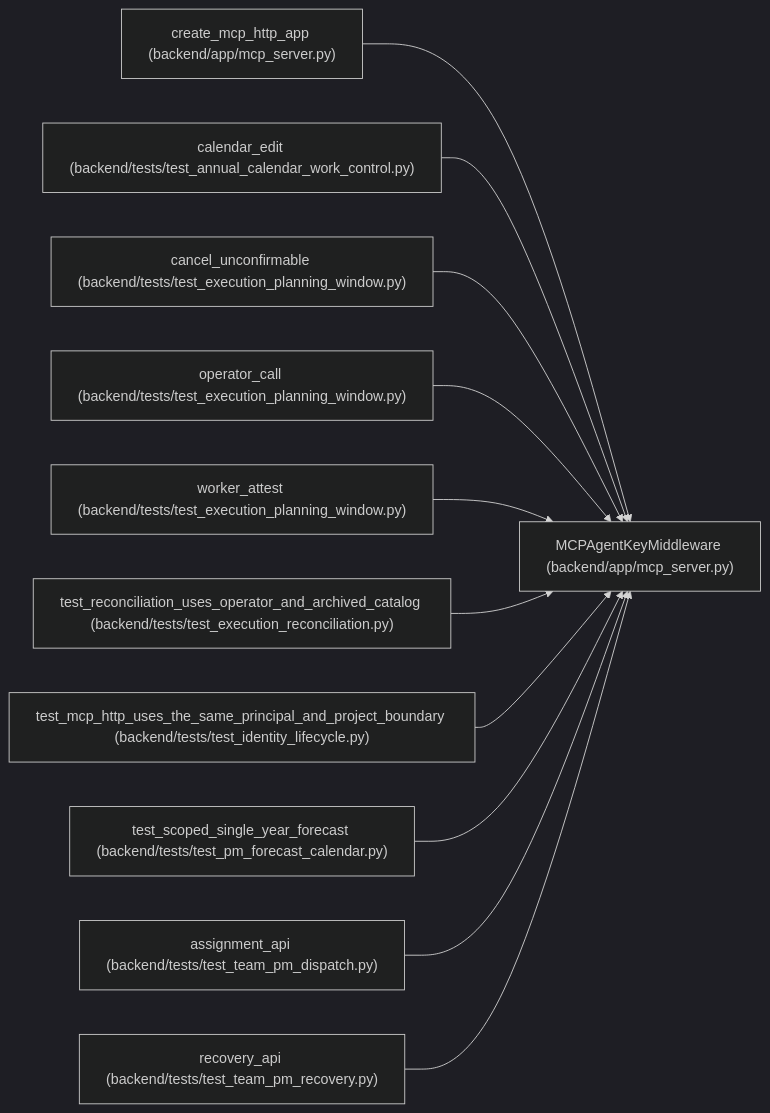
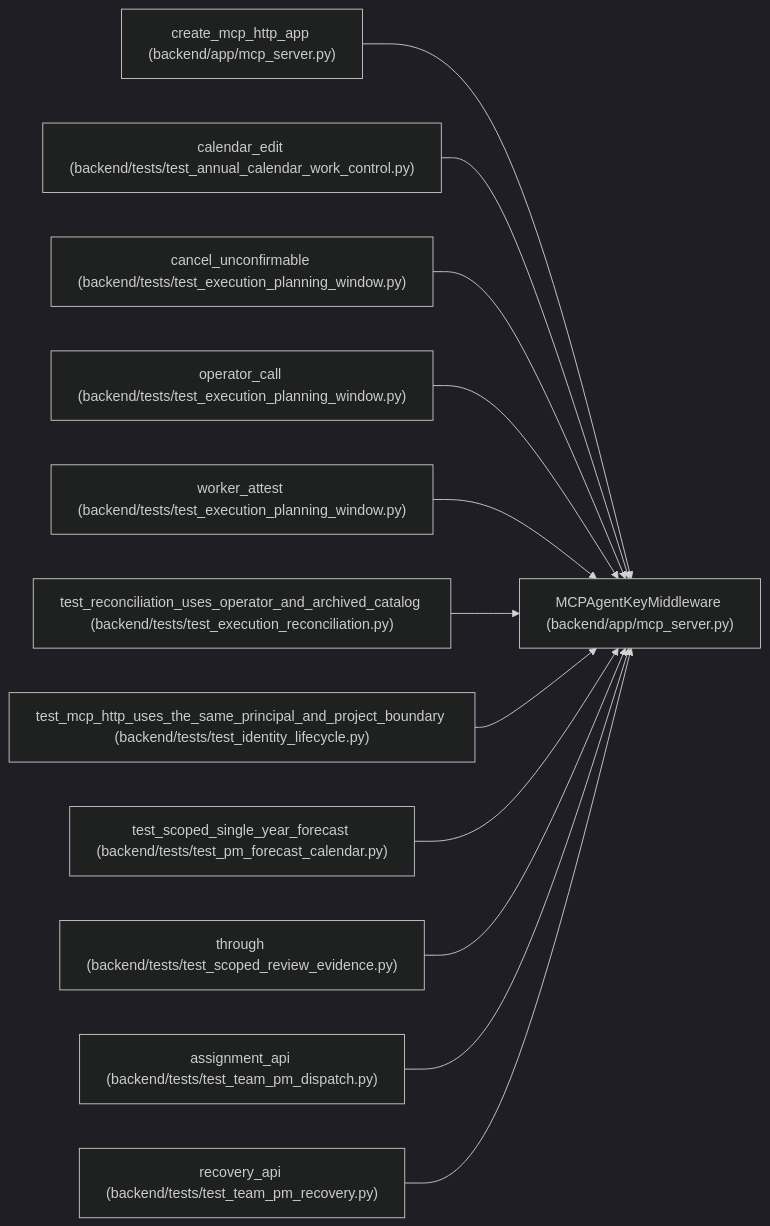
Before and after one commit to Denissvgn/WorkChord: the diagram in docs/llm_wiki/entities/MCPAgentKeyMiddleware.md, drawn with Mermaid (dark theme). The commit also changed other lines of this file and 891 other files, not shown here.

Commit message:
Document candidate-bound evidence and independent review policy

````diff
--- a/docs/llm_wiki/entities/MCPAgentKeyMiddleware.md
+++ b/docs/llm_wiki/entities/MCPAgentKeyMiddleware.md
@@ -26,35 +26,38 @@
 ```mermaid
 flowchart LR
     n0["MCPAgentKeyMiddleware (backend/app/mcp_server.py)"]
     n1["create_mcp_http_app (backend/app/mcp_server.py)"]
     n2["calendar_edit (backend/tests/test_annual_calendar_work_control.py)"]
     n3["cancel_unconfirmable (backend/tests/test_execution_planning_window.py)"]
     n4["operator_call (backend/tests/test_execution_planning_window.py)"]
     n5["worker_attest (backend/tests/test_execution_planning_window.py)"]
     n6["test_reconciliation_uses_operator_and_archived_catalog (backend/tests/test_execution_reconciliation.py)"]
     n7["test_mcp_http_uses_the_same_principal_and_project_boundary (backend/tests/test_identity_lifecycle.py)"]
     n8["test_scoped_single_year_forecast (backend/tests/test_pm_forecast_calendar.py)"]
-    n9["assignment_api (backend/tests/test_team_pm_dispatch.py)"]
-    n10["recovery_api (backend/tests/test_team_pm_recovery.py)"]
+    n9["through (backend/tests/test_scoped_review_evidence.py)"]
+    n10["assignment_api (backend/tests/test_team_pm_dispatch.py)"]
+    n11["recovery_api (backend/tests/test_team_pm_recovery.py)"]
     n1 --> n0
     n2 --> n0
     n3 --> n0
     n4 --> n0
     n5 --> n0
     n6 --> n0
     n7 --> n0
     n8 --> n0
     n9 --> n0
     n10 --> n0
+    n11 --> n0
     click n0 "../modules/mcp_server.md"
     click n1 "../modules/mcp_server.md"
     click n2 "../modules/test_annual_calendar_work_control.md"
     click n3 "../modules/test_execution_planning_window.md"
     click n4 "../modules/test_execution_planning_window.md"
     click n5 "../modules/test_execution_planning_window.md"
     click n6 "../modules/test_execution_reconciliation.md"
     click n7 "../modules/test_identity_lifecycle.md"
     click n8 "../modules/test_pm_forecast_calendar.md"
-    click n9 "../modules/test_team_pm_dispatch.md"
-    click n10 "../modules/test_team_pm_recovery.md"
+    click n9 "../modules/test_scoped_review_evidence.md"
+    click n10 "../modules/test_team_pm_dispatch.md"
+    click n11 "../modules/test_team_pm_recovery.md"
 ```
````
